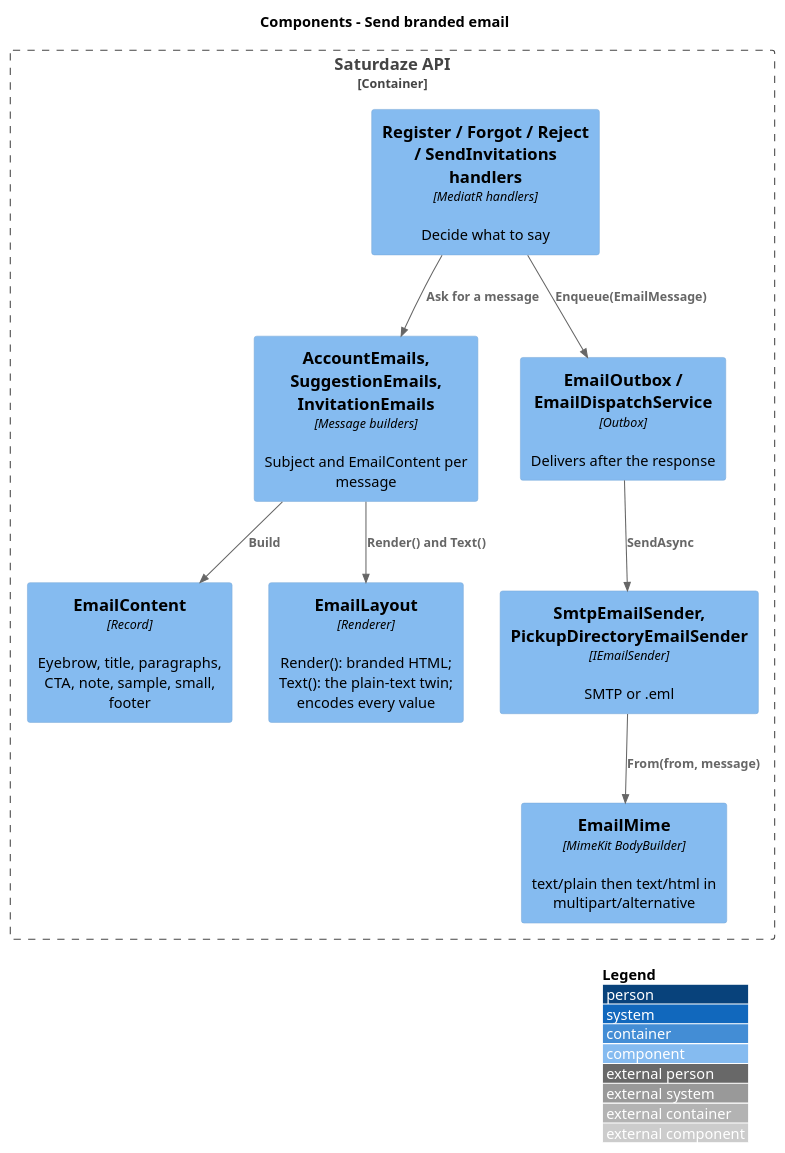
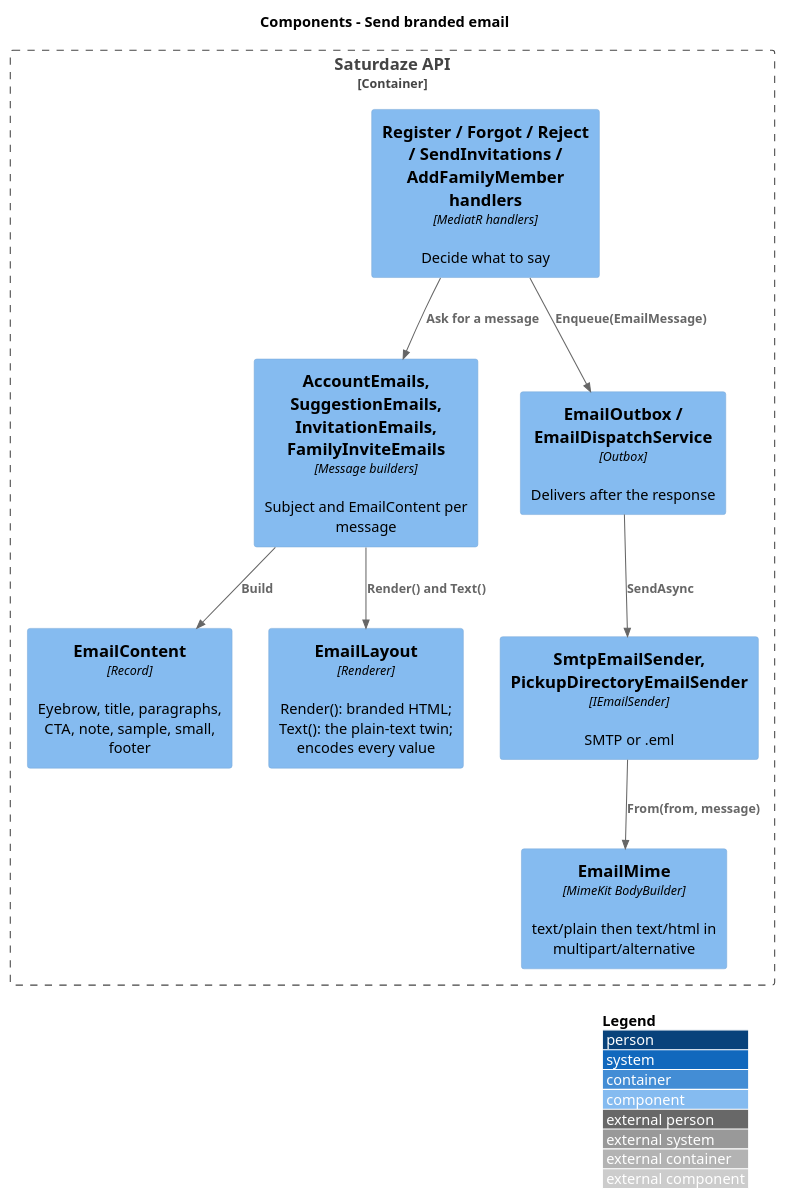
One commit to QuinntyneBrown/saturdaze changed the diagram in docs/detailed-designs/operations/send-branded-email/diagrams/c4-component.puml. Above: the diagram before and after it, drawn with PlantUML. The commit also changed 14 other files, not shown here.

First line of the commit message:
Design the family invite email in manage-family-members and send-branded-email (L2-183)

```diff
--- a/docs/detailed-designs/operations/send-branded-email/diagrams/c4-component.puml
+++ b/docs/detailed-designs/operations/send-branded-email/diagrams/c4-component.puml
@@ -1,21 +1,21 @@
 @startuml
 !include <C4/C4_Component>
 LAYOUT_WITH_LEGEND()
 title Components - Send branded email
 
 Container_Boundary(api, "Saturdaze API") {
-  Component(handlers, "Register / Forgot / Reject / SendInvitations handlers", "MediatR handlers", "Decide what to say")
-  Component(builders, "AccountEmails, SuggestionEmails, InvitationEmails", "Message builders", "Subject and EmailContent per message")
+  Component(handlers, "Register / Forgot / Reject / SendInvitations / AddFamilyMember handlers", "MediatR handlers", "Decide what to say")
+  Component(builders, "AccountEmails, SuggestionEmails, InvitationEmails, FamilyInviteEmails", "Message builders", "Subject and EmailContent per message")
   Component(content, "EmailContent", "Record", "Eyebrow, title, paragraphs, CTA, note, sample, small, footer")
   Component(layout, "EmailLayout", "Renderer", "Render(): branded HTML; Text(): the plain-text twin; encodes every value")
   Component(outbox, "EmailOutbox / EmailDispatchService", "Outbox", "Delivers after the response")
   Component(mime, "EmailMime", "MimeKit BodyBuilder", "text/plain then text/html in multipart/alternative")
   Component(senders, "SmtpEmailSender, PickupDirectoryEmailSender", "IEmailSender", "SMTP or .eml")
 }
 Rel(handlers, builders, "Ask for a message")
 Rel(builders, content, "Build")
 Rel(builders, layout, "Render() and Text()")
 Rel(handlers, outbox, "Enqueue(EmailMessage)")
 Rel(outbox, senders, "SendAsync")
 Rel(senders, mime, "From(from, message)")
 @enduml
```
